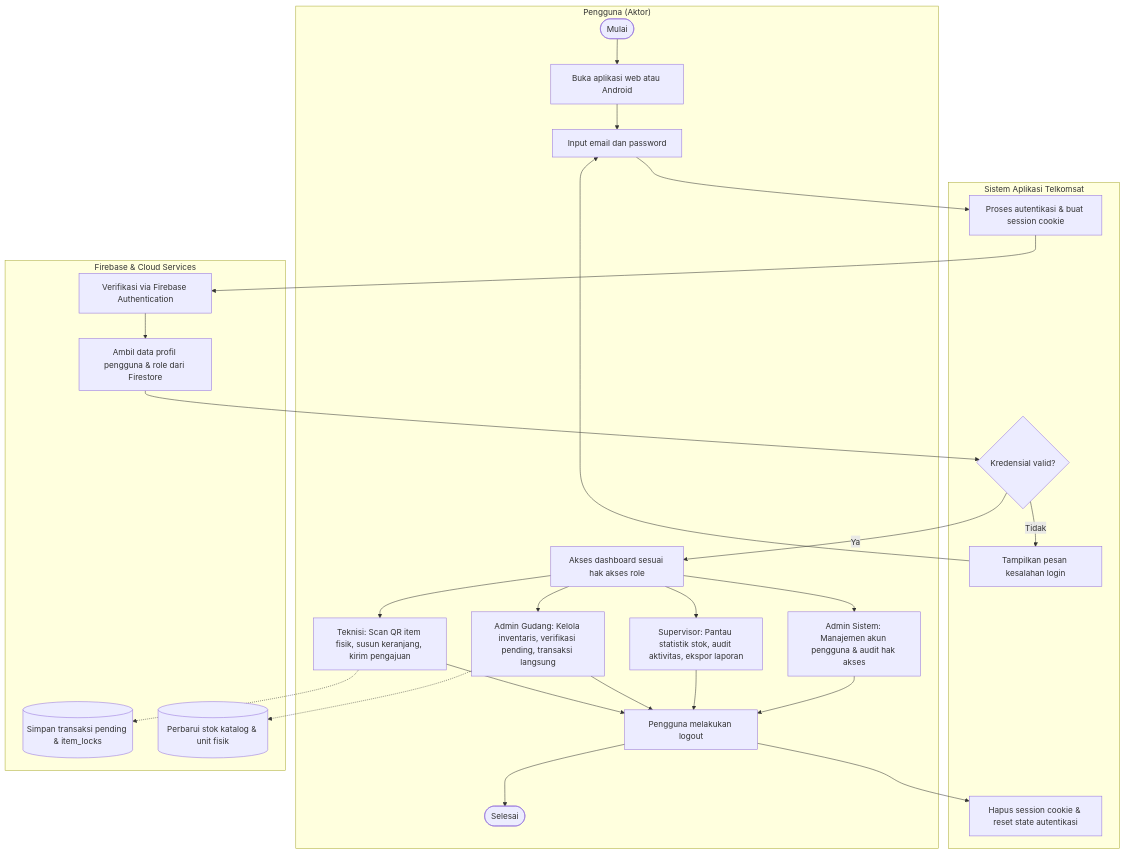
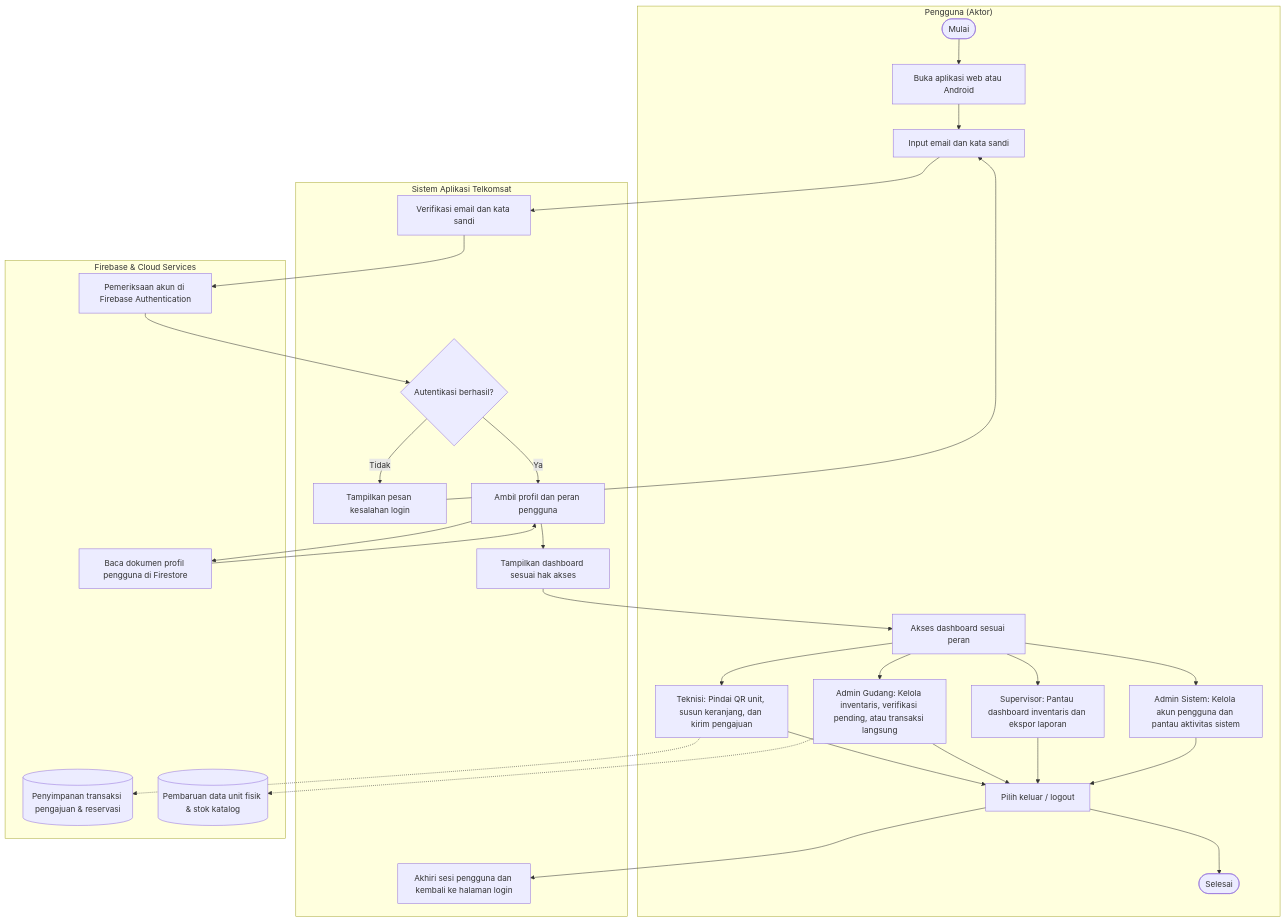
One commit to Fadliyuu/Telkomsatt changed diagram 11 of 16 in README.md. Above: the diagram before and after it, drawn with Mermaid. The commit also changed other lines of this file, not shown here.

Commit message:
docs: refine activity diagrams in Section 13 according to academic feedback

````diff
--- a/README.md
+++ b/README.md
@@ -752,37 +752,41 @@
 ```mermaid
 flowchart TD
     subgraph USR["Pengguna (Aktor)"]
         U_START([Mulai]) --> U_OPEN[Buka aplikasi web atau Android]
-        U_OPEN --> U_LOGIN[Input email dan password]
-        U_DASH[Akses dashboard sesuai hak akses role]
+        U_OPEN --> U_LOGIN[Input email dan kata sandi]
+        U_DASH[Akses dashboard sesuai peran]
         
-        %% Percabangan alur per role
-        U_DASH --> T_ACTION[Teknisi: Scan QR item fisik, susun keranjang, kirim pengajuan]
-        U_DASH --> G_ACTION[Admin Gudang: Kelola inventaris, verifikasi pending, transaksi langsung]
-        U_DASH --> S_ACTION[Supervisor: Pantau statistik stok, audit aktivitas, ekspor laporan]
-        U_DASH --> A_ACTION[Admin Sistem: Manajemen akun pengguna & audit hak akses]
+        %% Percabangan alur mandiri per peran
+        U_DASH --> T_PATH[Teknisi: Pindai QR unit, susun keranjang, dan kirim pengajuan]
+        U_DASH --> G_PATH[Admin Gudang: Kelola inventaris, verifikasi pending, atau transaksi langsung]
+        U_DASH --> S_PATH[Supervisor: Pantau dashboard inventaris dan ekspor laporan]
+        U_DASH --> A_PATH[Admin Sistem: Kelola akun pengguna dan pantau aktivitas sistem]
         
-        T_ACTION --> U_LOGOUT[Pengguna melakukan logout]
-        G_ACTION --> U_LOGOUT
-        S_ACTION --> U_LOGOUT
-        A_ACTION --> U_LOGOUT
+        T_PATH --> U_LOGOUT[Pilih keluar / logout]
+        G_PATH --> U_LOGOUT
+        S_PATH --> U_LOGOUT
+        A_PATH --> U_LOGOUT
         U_LOGOUT --> U_END([Selesai])
     end
 
     subgraph SYS["Sistem Aplikasi Telkomsat"]
-        U_LOGIN --> S_AUTH[Proses autentikasi & buat session cookie]
-        S_CHECK{Kredensial valid?}
+        U_LOGIN --> S_VERIFY[Verifikasi email dan kata sandi]
+        S_CHECK{Autentikasi berhasil?}
         S_CHECK -->|Tidak| S_ERR[Tampilkan pesan kesalahan login]
         S_ERR --> U_LOGIN
-        S_CHECK -->|Ya| U_DASH
-        U_LOGOUT --> S_CLEAR[Hapus session cookie & reset state autentikasi]
+        S_CHECK -->|Ya| S_FETCH[Ambil profil dan peran pengguna]
+        S_FETCH --> S_ROUTE[Tampilkan dashboard sesuai hak akses]
+        S_ROUTE --> U_DASH
+        
+        U_LOGOUT --> S_LOGOUT[Akhiri sesi pengguna dan kembali ke halaman login]
     end
 
     subgraph CLD["Firebase & Cloud Services"]
-        S_AUTH --> C_FA[Verifikasi via Firebase Authentication]
-        C_FA --> C_DB[Ambil data profil pengguna & role dari Firestore]
-        C_DB --> S_CHECK
-        T_ACTION -.-> C_TX[(Simpan transaksi pending & item_locks)]
-        G_ACTION -.-> C_SP[(Perbarui stok katalog & unit fisik)]
+        S_VERIFY --> C_AUTH[Pemeriksaan akun di Firebase Authentication]
+        C_AUTH --> S_CHECK
+        S_FETCH --> C_USER[Baca dokumen profil pengguna di Firestore]
+        C_USER --> S_FETCH
+        T_PATH -.-> C_TX[(Penyimpanan transaksi pengajuan & reservasi)]
+        G_PATH -.-> C_STOCK[(Pembaruan data unit fisik & stok katalog)]
     end
 ```
````
